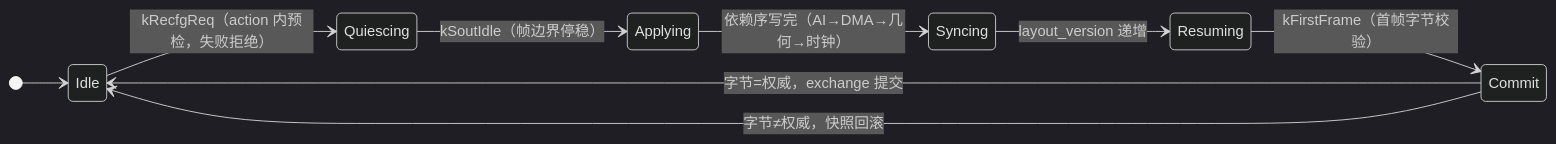
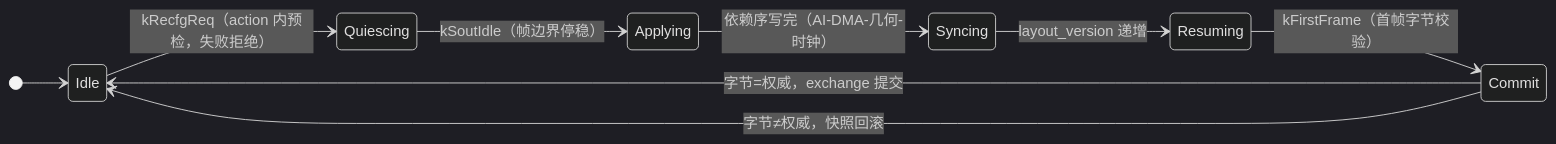
One commit to DeguiLiu/coact changed the sixth of 15 diagrams in docs/example_ISP_pipeline_design_consistency_avoidance_zh.md. Above: the diagram before and after it, drawn with Mermaid (dark theme). The commit also changed other lines of this file, not shown here.

````diff
--- a/docs/example_ISP_pipeline_design_consistency_avoidance_zh.md
+++ b/docs/example_ISP_pipeline_design_consistency_avoidance_zh.md
@@ -296,12 +292,12 @@
 ```mermaid
 stateDiagram-v2
     direction LR
     [*] --> Idle
     Idle --> Quiescing : kRecfgReq（action 内预检，失败拒绝）
     Quiescing --> Applying : kSoutIdle（帧边界停稳）
-    Applying --> Syncing : 依赖序写完（AI→DMA→几何→时钟）
+    Applying --> Syncing : 依赖序写完（AI-DMA-几何-时钟）
     Syncing --> Resuming : layout_version 递增
     Resuming --> Commit : kFirstFrame（首帧字节校验）
     Commit --> Idle : 字节=权威，exchange 提交
     Commit --> Idle : 字节≠权威，快照回滚
 ```
````
